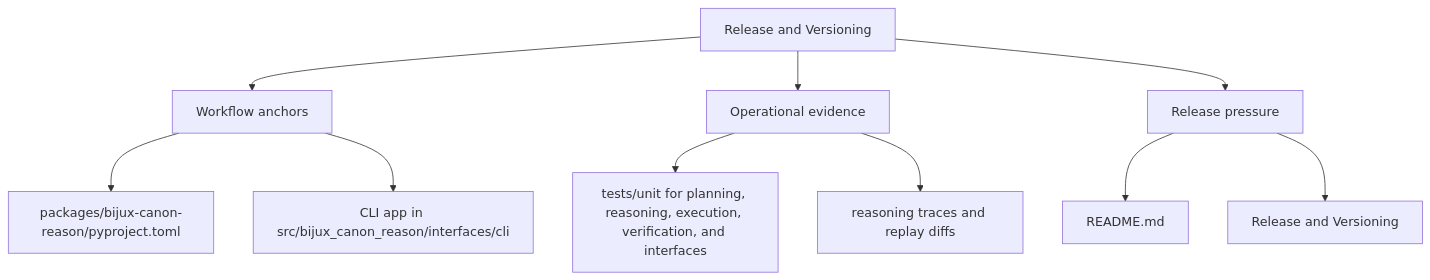
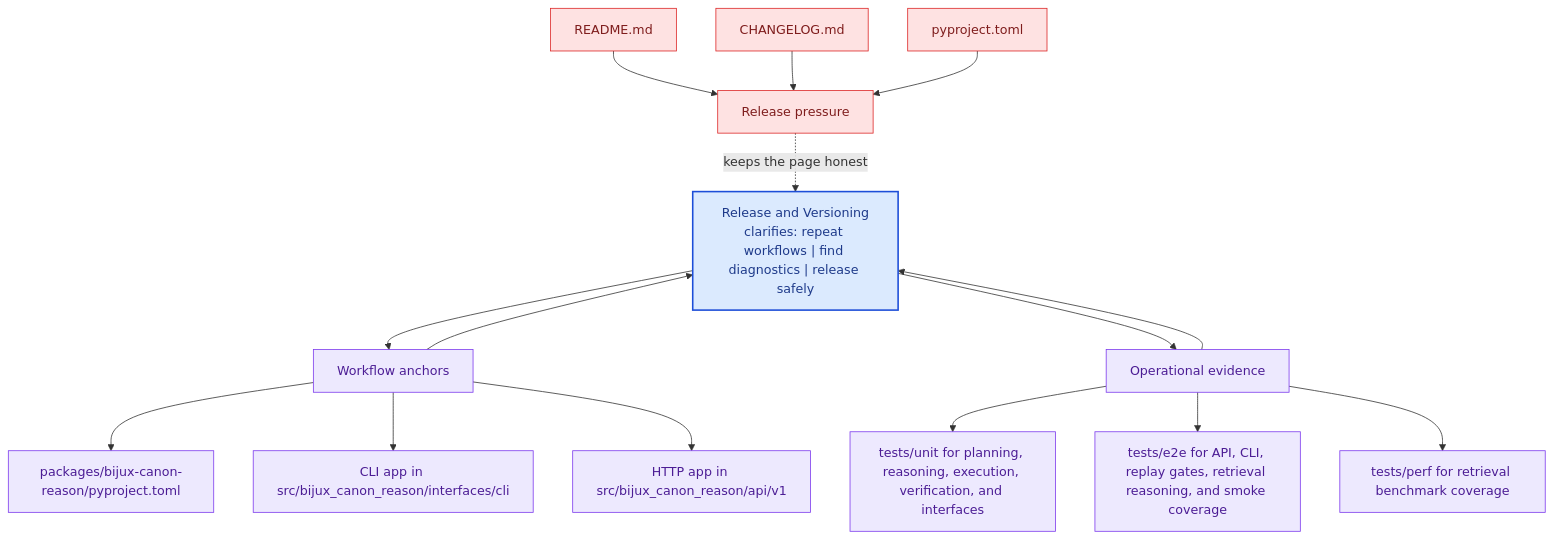
Before and after one commit to bijux/bijux-canon: the second of 2 diagrams in docs/bijux-canon-reason/operations/release-and-versioning.md, drawn with Mermaid. The commit also changed other lines of this file and 281 other files, not shown here.

Commit message:
docs(diagrams): deepen handbook mermaid maps across the catalog

````diff
--- a/docs/bijux-canon-reason/operations/release-and-versioning.md
+++ b/docs/bijux-canon-reason/operations/release-and-versioning.md
@@ -35,22 +68,41 @@
 ```mermaid
-flowchart TD
-    page["Release and Versioning"]
+flowchart TB
+    promise["Release and Versioning<br/>clarifies: repeat workflows | find diagnostics | release safely"]
+    classDef promise fill:#dbeafe,stroke:#1d4ed8,color:#1e3a8a,stroke-width:2px;
+    classDef driver fill:#dcfce7,stroke:#16a34a,color:#14532d;
+    classDef constraint fill:#fee2e2,stroke:#dc2626,color:#7f1d1d;
+    classDef ground fill:#ede9fe,stroke:#7c3aed,color:#4c1d95;
     focus1["Workflow anchors"]
-    page --> focus1
+    focus1 --> promise
+    promise --> focus1
     focus1_1["packages/bijux-canon-reason/pyproject.toml"]
     focus1 --> focus1_1
     focus1_2["CLI app in src/bijux_canon_reason/interfaces/cli"]
     focus1 --> focus1_2
+    focus1_3["HTTP app in src/bijux_canon_reason/api/v1"]
+    focus1 --> focus1_3
+    class focus1 ground;
+    class focus1_1,focus1_2,focus1_3 ground;
     focus2["Operational evidence"]
-    page --> focus2
+    focus2 --> promise
+    promise --> focus2
     focus2_1["tests/unit for planning, reasoning, execution, verification, and interfaces"]
     focus2 --> focus2_1
-    focus2_2["reasoning traces and replay diffs"]
+    focus2_2["tests/e2e for API, CLI, replay gates, retrieval reasoning, and smoke coverage"]
     focus2 --> focus2_2
+    focus2_3["tests/perf for retrieval benchmark coverage"]
+    focus2 --> focus2_3
+    class focus2 ground;
+    class focus2_1,focus2_2,focus2_3 ground;
     focus3["Release pressure"]
-    page --> focus3
+    focus3 -.keeps the page honest.-> promise
     focus3_1["README.md"]
-    focus3 --> focus3_1
-    focus3_2["Release and Versioning"]
-    focus3 --> focus3_2
+    focus3_1 --> focus3
+    focus3_2["CHANGELOG.md"]
+    focus3_2 --> focus3
+    focus3_3["pyproject.toml"]
+    focus3_3 --> focus3
+    class focus3 constraint;
+    class focus3_1,focus3_2,focus3_3 constraint;
+    class promise promise;
 ```
````
